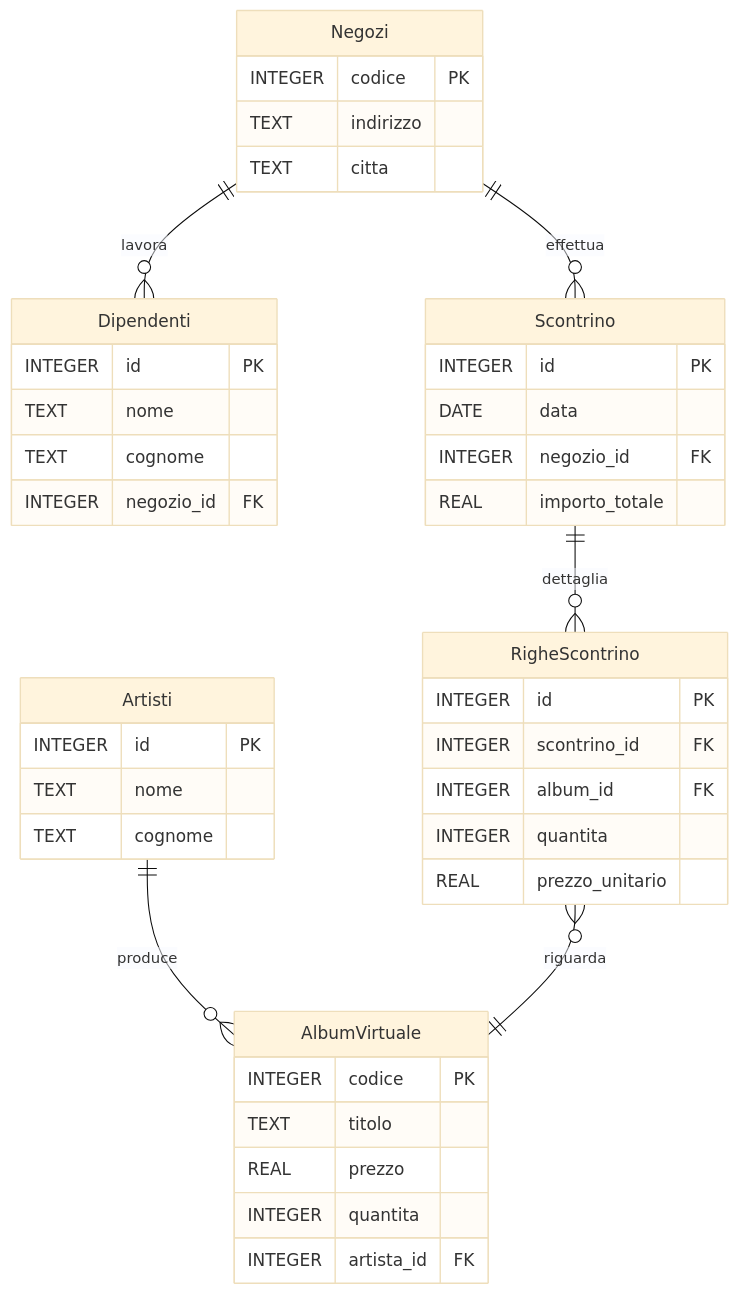
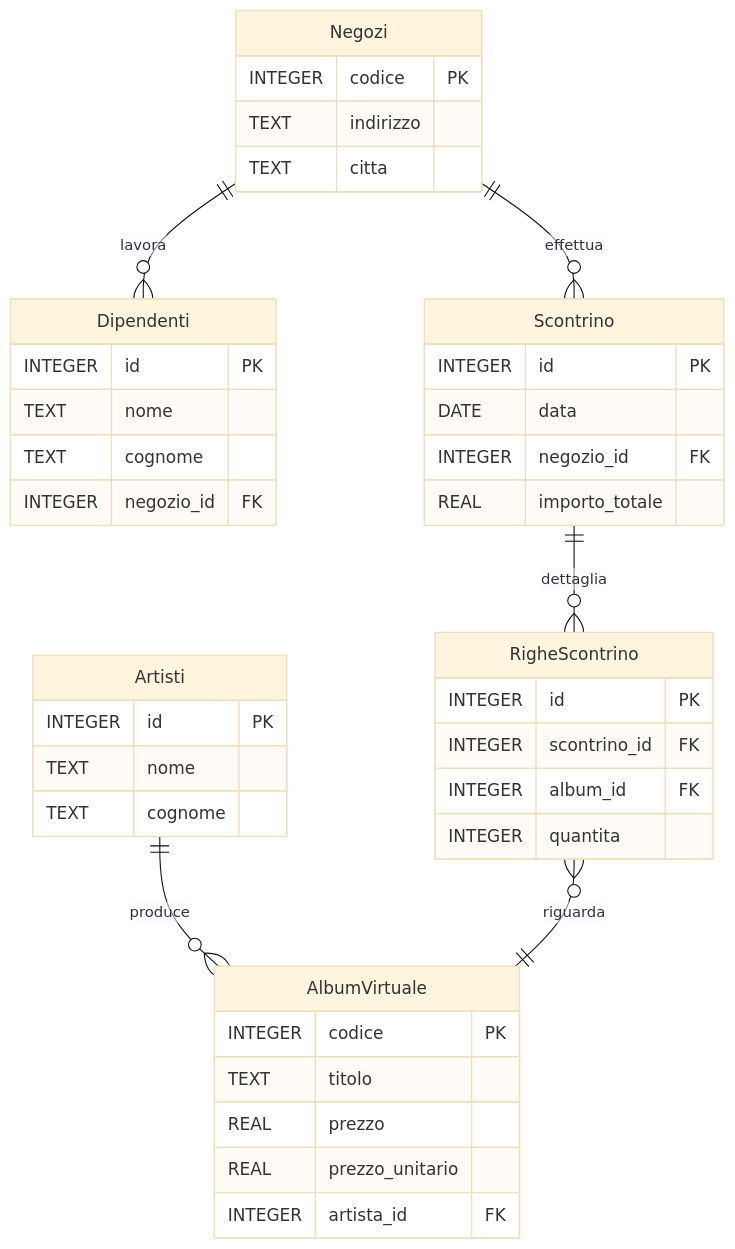
Before and after one commit to angelogalantiscuola/2526_5M: the diagram in es8_sol.mmd, drawn with Mermaid (base theme). The commit also changed 2 other files, not shown here.

```diff
--- a/es8_sol.mmd
+++ b/es8_sol.mmd
@@ -1,49 +1,48 @@
 erDiagram
     Negozi ||--o{ Dipendenti : "lavora"
     Negozi ||--o{ Scontrino : "effettua"
     Artisti ||--o{ AlbumVirtuale : "produce"
     Scontrino ||--o{ RigheScontrino : "dettaglia"
     RigheScontrino }o--|| AlbumVirtuale : "riguarda"
     RigheScontrino {
         INTEGER id PK
         INTEGER scontrino_id FK
         INTEGER album_id FK
         INTEGER quantita
-        REAL prezzo_unitario
     }
 
     %% Scontrino }o--o{ AlbumVirtuale : "puo essere venduto in"
 
     Negozi {
         INTEGER codice PK
         TEXT indirizzo
         TEXT citta
     }
 
     Dipendenti {
         INTEGER id PK
         TEXT nome
         TEXT cognome
         INTEGER negozio_id FK
     }
 
     Artisti {
         INTEGER id PK
         TEXT nome
         TEXT cognome
     }
 
     AlbumVirtuale {
         INTEGER codice PK
         TEXT titolo
         REAL prezzo
-        INTEGER quantita
+        REAL prezzo_unitario
         INTEGER artista_id FK
     }
 
     Scontrino {
         INTEGER id PK
         DATE data
         INTEGER negozio_id FK
         REAL importo_totale
     }
```
